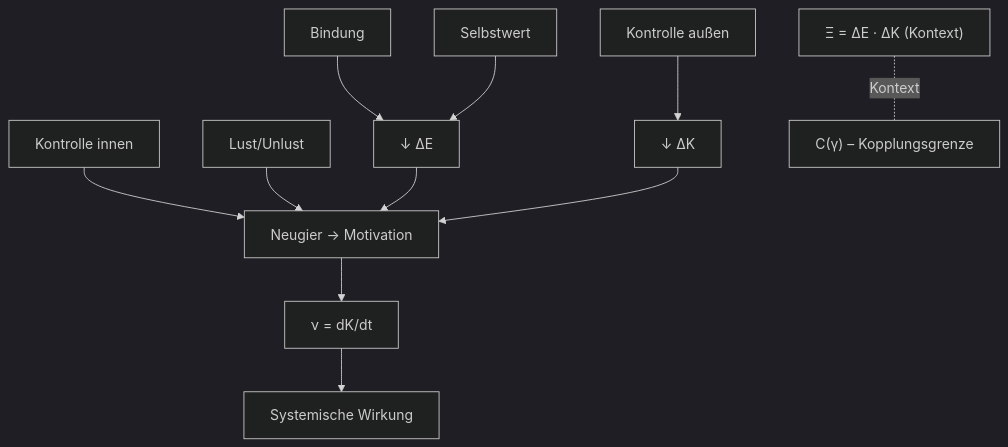
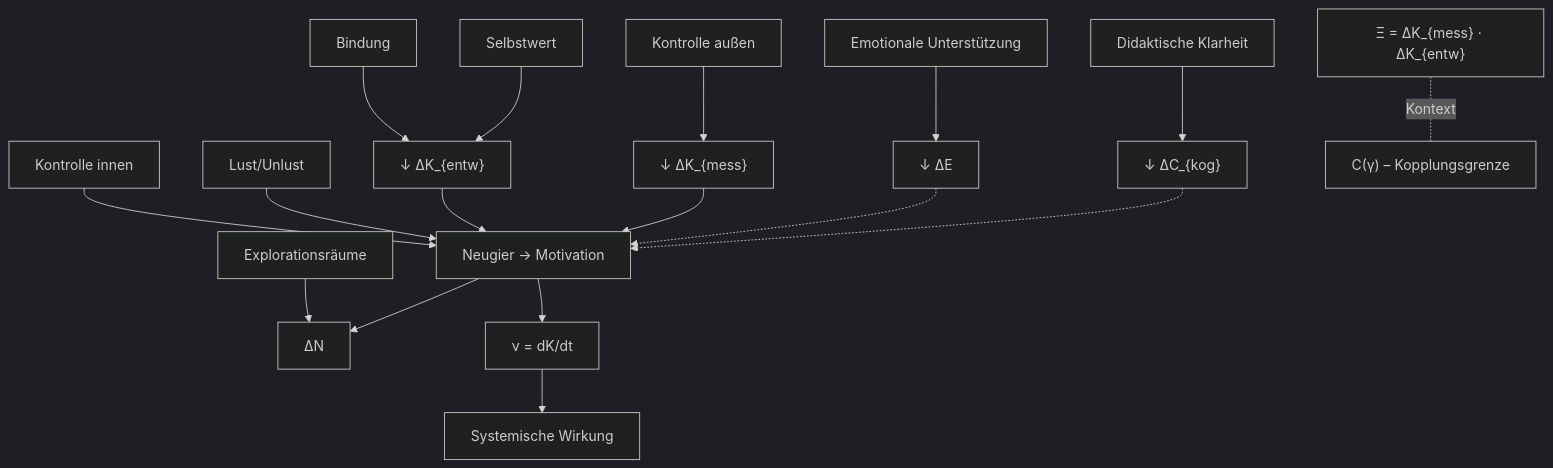
One commit to jochen-hanisch/research changed the second of 2 diagrams in Bildungswissenschaft/Bildungswirkfaktor.md. Above: the diagram before and after it, drawn with Mermaid (dark theme). The commit also changed other lines of this file and 66 other files, not shown here.

````diff
--- a/Bildungswissenschaft/Bildungswirkfaktor.md
+++ b/Bildungswissenschaft/Bildungswirkfaktor.md
@@ -177,14 +212,20 @@
 ```mermaid
 flowchart TD
-  BIND[Bindung] --> dE_down["↓ ΔE"]
-  SW[Selbstwert] --> dE_down
-  EXT[Kontrolle außen] --> dK_down["↓ ΔK"]
+  BIND[Bindung] --> dK_entw_down["↓ ΔK_{entw}"]
+  SW[Selbstwert] --> dK_entw_down
+  EXT[Kontrolle außen] --> dK_mess_down["↓ ΔK_{mess}"]
   INT[Kontrolle innen] --> MOTIV["Neugier → Motivation"]
   LUST[Lust/Unlust] --> MOTIV
+  EMPATH[Emotionale Unterstützung] --> dE_down["↓ ΔE"]
+  KOG[Didaktische Klarheit] --> dCog_down["↓ ΔC_{kog}"]
+  REFLEX[Explorationsräume] --> dN_mod["ΔN"]
 
-  dE_down --> MOTIV
-  dK_down --> MOTIV
+  dK_entw_down --> MOTIV
+  dK_mess_down --> MOTIV
+  dE_down -.-> MOTIV
+  dCog_down -.-> MOTIV
   MOTIV --> NU["ν = dK/dt"] --> WIRK[Systemische Wirkung]
+  MOTIV --> dN_mod
 
-  XI["Ξ = ΔE · ΔK (Kontext)"] -. Kontext .- CG["C(γ) – Kopplungsgrenze"]
+  XI["Ξ = ΔK_{mess} · ΔK_{entw}"] -. Kontext .- CG["C(γ) – Kopplungsgrenze"]
 ```
````
